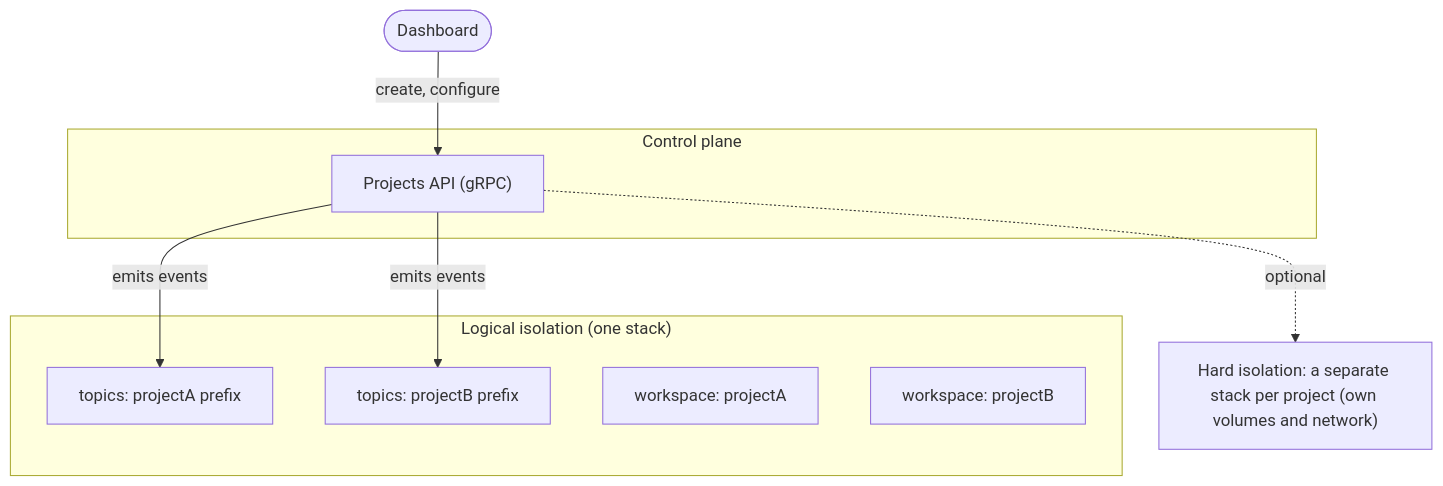
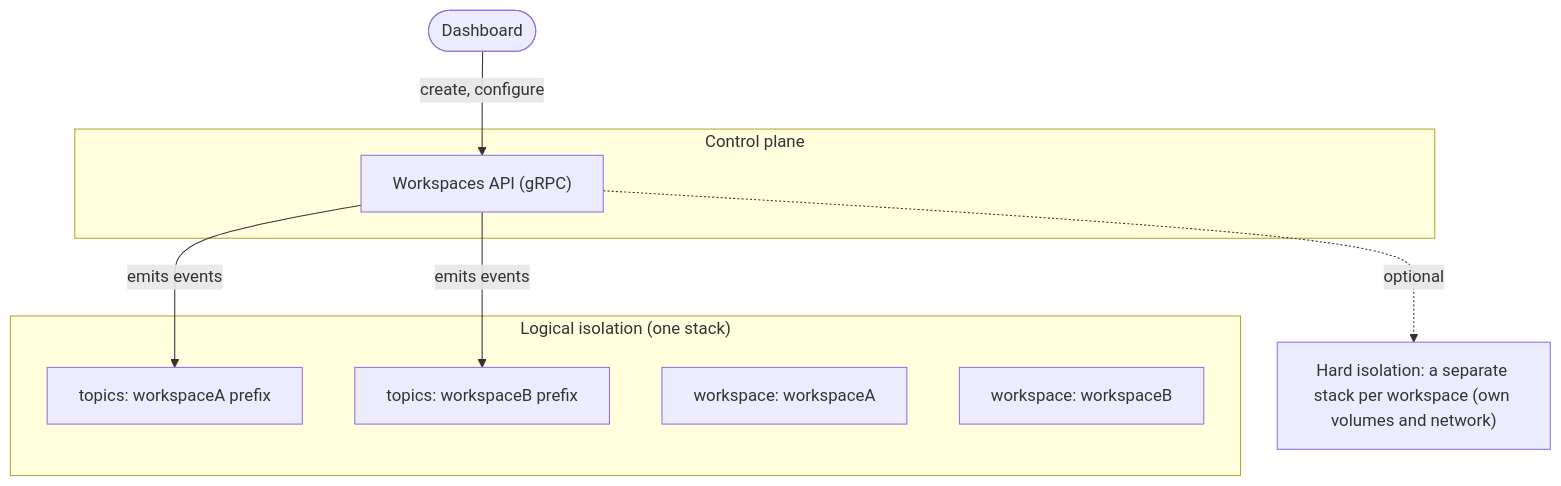
One commit to atlantic-blue/quay-crew changed the second of 4 diagrams in docs/ARCHITECTURE.md. Above: the diagram before and after it, drawn with Mermaid. The commit also changed other lines of this file and 42 other files, not shown here.

Commit message:
refactor: rename project to workspace

````diff
--- a/docs/ARCHITECTURE.md
+++ b/docs/ARCHITECTURE.md
@@ -114,17 +114,17 @@
 ```mermaid
 flowchart TB
   subgraph API["Control plane"]
-    P["Projects API (gRPC)"]
+    P["Workspaces API (gRPC)"]
   end
   subgraph LOGICAL["Logical isolation (one stack)"]
-    T1["topics: projectA prefix"]
-    T2["topics: projectB prefix"]
-    W1["workspace: projectA"]
-    W2["workspace: projectB"]
+    T1["topics: workspaceA prefix"]
+    T2["topics: workspaceB prefix"]
+    W1["workspace: workspaceA"]
+    W2["workspace: workspaceB"]
   end
-  HARD["Hard isolation: a separate stack per project (own volumes and network)"]
+  HARD["Hard isolation: a separate stack per workspace (own volumes and network)"]
   DASH(["Dashboard"]) -- create, configure --> P
   P -- emits events --> T1
   P -- emits events --> T2
   P -. optional .-> HARD
 ```
````
